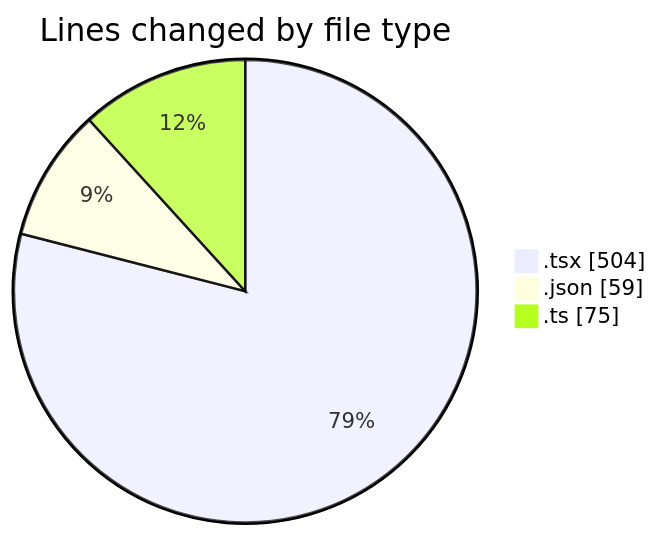
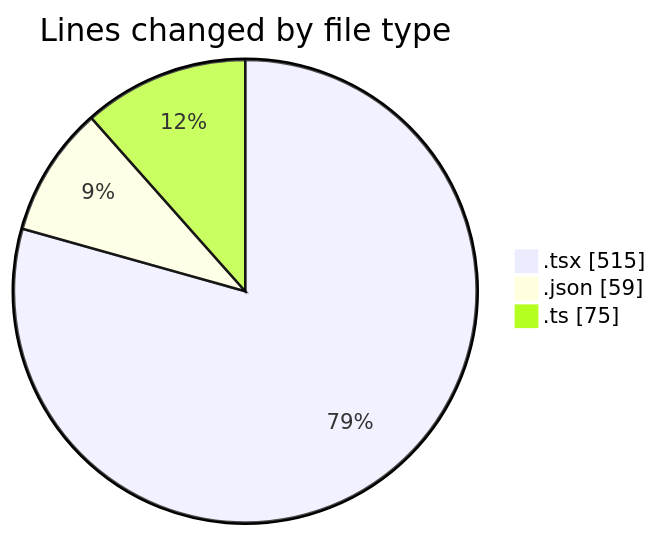
One commit to momahboobian/code-tracking changed the first of 2 diagrams in 2025-11-24/cda/README.md. Above: the diagram before and after it, drawn with Mermaid. The commit also changed other lines of this file and 1 other file, not shown here.

````diff
--- a/2025-11-24/cda/README.md
+++ b/2025-11-24/cda/README.md
@@ -24,7 +24,7 @@
 ```mermaid
 pie showData
 title Lines changed by file type
-".tsx" : 504
+".tsx" : 515
 ".json" : 59
 ".ts" : 75
 ```
````
